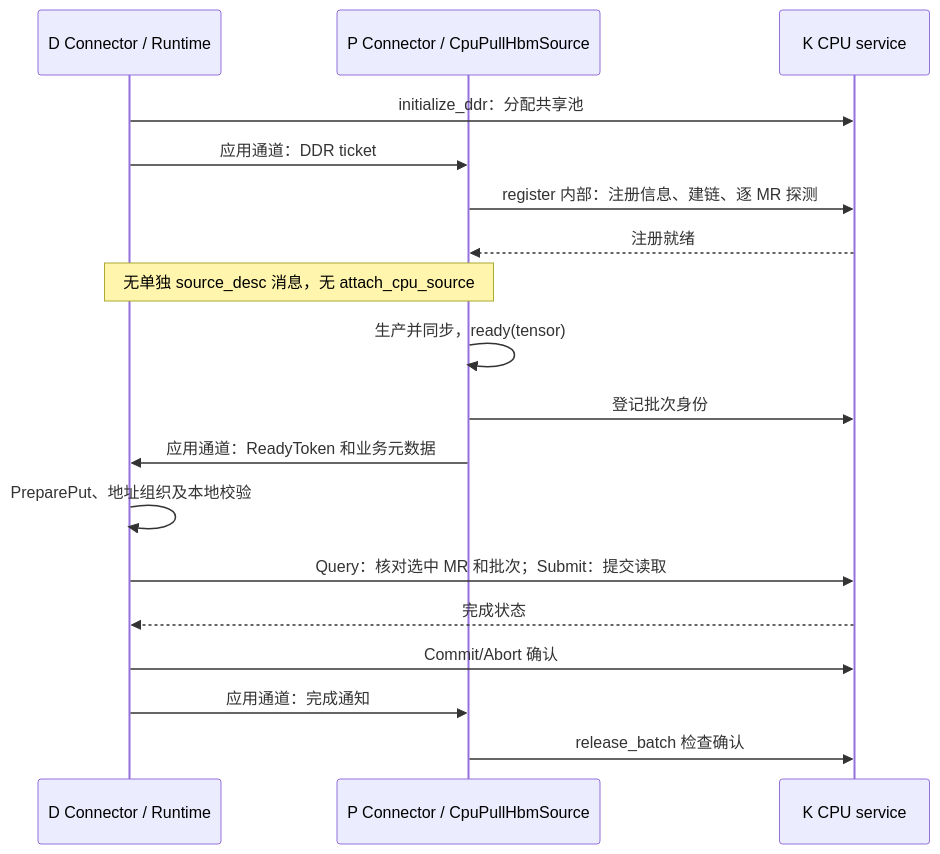
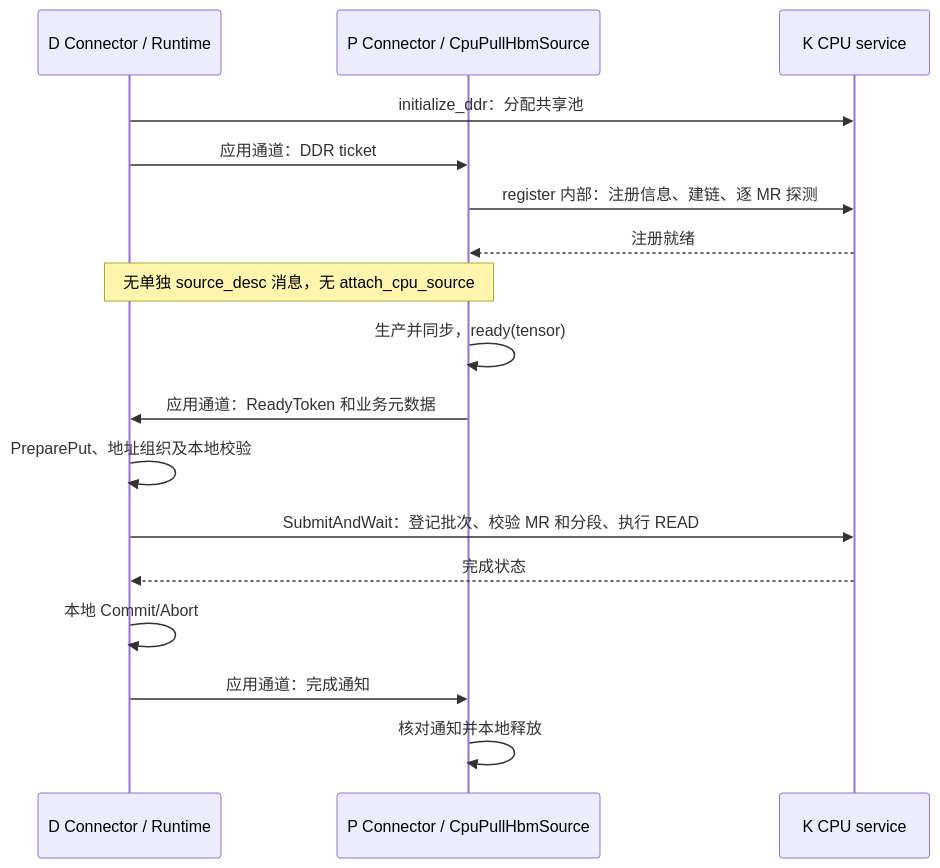
The first of 3 diagrams in docs/connector_pull_api_design.md (zxdgongjue-spec/KVAF), drawn with Mermaid before and after one commit. The commit also changed other lines of this file and 25 other files, not shown here.

````diff
--- a/docs/connector_pull_api_design.md
+++ b/docs/connector_pull_api_design.md
@@ -250,20 +250,19 @@
 ```mermaid
 sequenceDiagram
     participant D as D Connector / Runtime
     participant P as P Connector / CpuPullHbmSource
     participant K as K CPU service
     D->>K: initialize_ddr：分配共享池
     D->>P: 应用通道：DDR ticket
     P->>K: register 内部：注册信息、建链、逐 MR 探测
     K-->>P: 注册就绪
     Note over D,P: 无单独 source_desc 消息，无 attach_cpu_source
     P->>P: 生产并同步，ready(tensor)
-    P->>K: 登记批次身份
     P->>D: 应用通道：ReadyToken 和业务元数据
     D->>D: PreparePut、地址组织及本地校验
-    D->>K: Query：核对选中 MR 和批次；Submit：提交读取
+    D->>K: SubmitAndWait：登记批次、校验 MR 和分段、执行 READ
     K-->>D: 完成状态
-    D->>K: Commit/Abort 确认
+    D->>D: 本地 Commit/Abort
     D->>P: 应用通道：完成通知
-    P->>K: release_batch 检查确认
+    P->>P: 核对通知并本地释放
 ```
````
